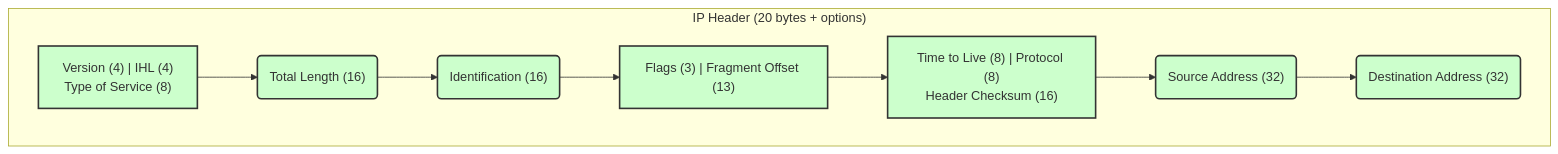
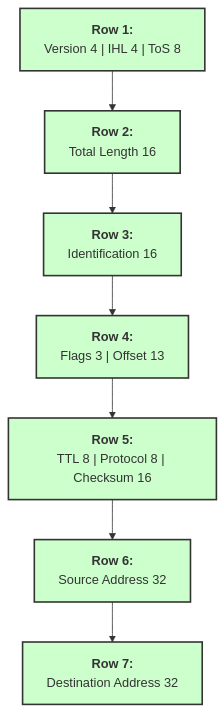
Before and after one commit to macsplit/unix_doc: the diagram in diagrams/4.2-ip-header.mmd, drawn with Mermaid. The commit also changed 23 other files, not shown here.

First line of the commit message:
Redesign 12 excessively wide diagrams to vertical format

```diff
--- a/diagrams/4.2-ip-header.mmd
+++ b/diagrams/4.2-ip-header.mmd
@@ -1,16 +1,18 @@
 graph TD
-    subgraph "IP Header (20 bytes + options)"
-        A["Version (4) | IHL (4)<br/>Type of Service (8)"] --> B("Total Length (16)")
-        B --> C("Identification (16)")
-        C --> D["Flags (3) | Fragment Offset (13)"]
-        D --> E["Time to Live (8) | Protocol (8)<br/>Header Checksum (16)"]
-        E --> F("Source Address (32)")
-        F --> G("Destination Address (32)")
-    end
+    A["<b>Row 1:</b><br/>Version 4 | IHL 4 | ToS 8"]
+    B["<b>Row 2:</b><br/>Total Length 16"]
+    C["<b>Row 3:</b><br/>Identification 16"]
+    D["<b>Row 4:</b><br/>Flags 3 | Offset 13"]
+    E["<b>Row 5:</b><br/>TTL 8 | Protocol 8 | Checksum 16"]
+    F["<b>Row 6:</b><br/>Source Address 32"]
+    G["<b>Row 7:</b><br/>Destination Address 32"]
+
+    A --> B --> C --> D --> E --> F --> G
+
     style A fill:#cfc,stroke:#333,stroke-width:2px
     style B fill:#cfc,stroke:#333,stroke-width:2px
     style C fill:#cfc,stroke:#333,stroke-width:2px
     style D fill:#cfc,stroke:#333,stroke-width:2px
     style E fill:#cfc,stroke:#333,stroke-width:2px
     style F fill:#cfc,stroke:#333,stroke-width:2px
     style G fill:#cfc,stroke:#333,stroke-width:2px
```
